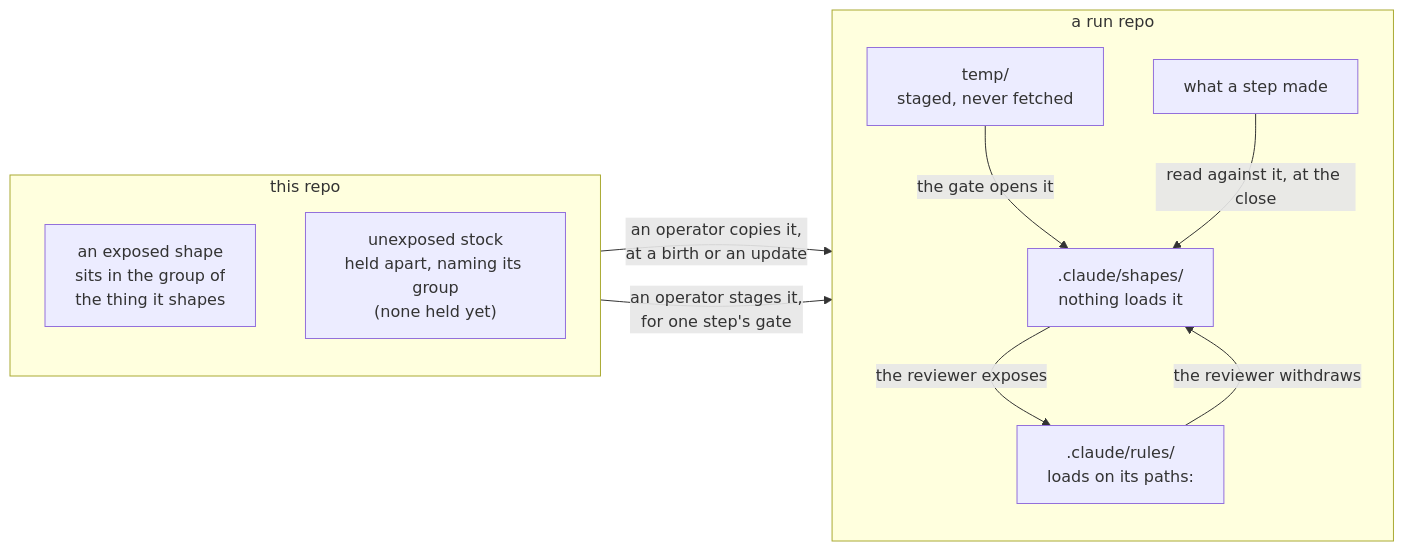
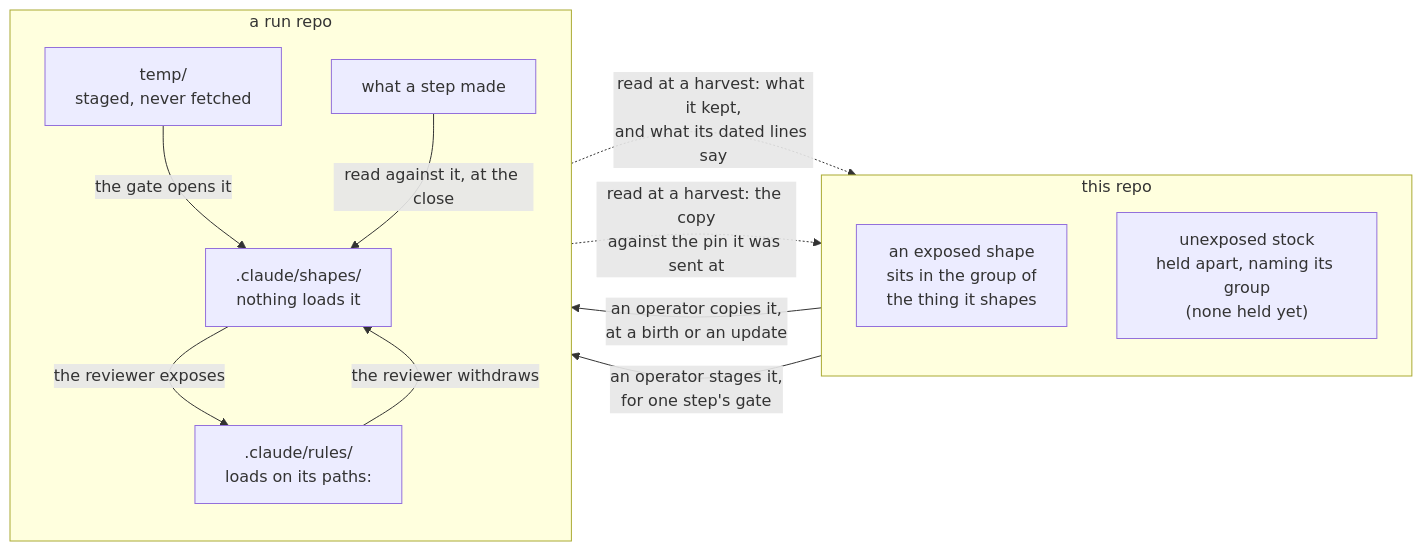
Before and after one commit to edgaras87/correctness-by-construction: the first of 2 diagrams in docs/models/shapes.md, drawn with Mermaid. The commit also changed other lines of this file, not shown here.

````diff
--- a/docs/models/shapes.md
+++ b/docs/models/shapes.md
@@ -106,23 +125,26 @@
 ```mermaid
 flowchart LR
   subgraph HERE["this repo"]
     direction TB
     EX["an exposed shape<br/>sits in the group of<br/>the thing it shapes"]
     UN["unexposed stock<br/>held apart, naming its group<br/>(none held yet)"]
   end
 
   subgraph RUN["a run repo"]
     direction TB
     MADE["what a step made"]
     TMP["temp/<br/>staged, never fetched"]
     SHP[".claude/shapes/<br/>nothing loads it"]
     RUL[".claude/rules/<br/>loads on its paths:"]
   end
 
   EX -->|"an operator copies it,<br/>at a birth or an update"| RUL
   UN -->|"an operator stages it,<br/>for one step's gate"| TMP
   TMP -->|"the gate opens it"| SHP
   MADE -->|"read against it, at the close"| SHP
   SHP -->|"the reviewer exposes"| RUL
   RUL -->|"the reviewer withdraws"| SHP
+
+  SHP -.->|"read at a harvest: what it kept,<br/>and what its dated lines say"| UN
+  RUL -.->|"read at a harvest: the copy<br/>against the pin it was sent at"| EX
 ```
````
